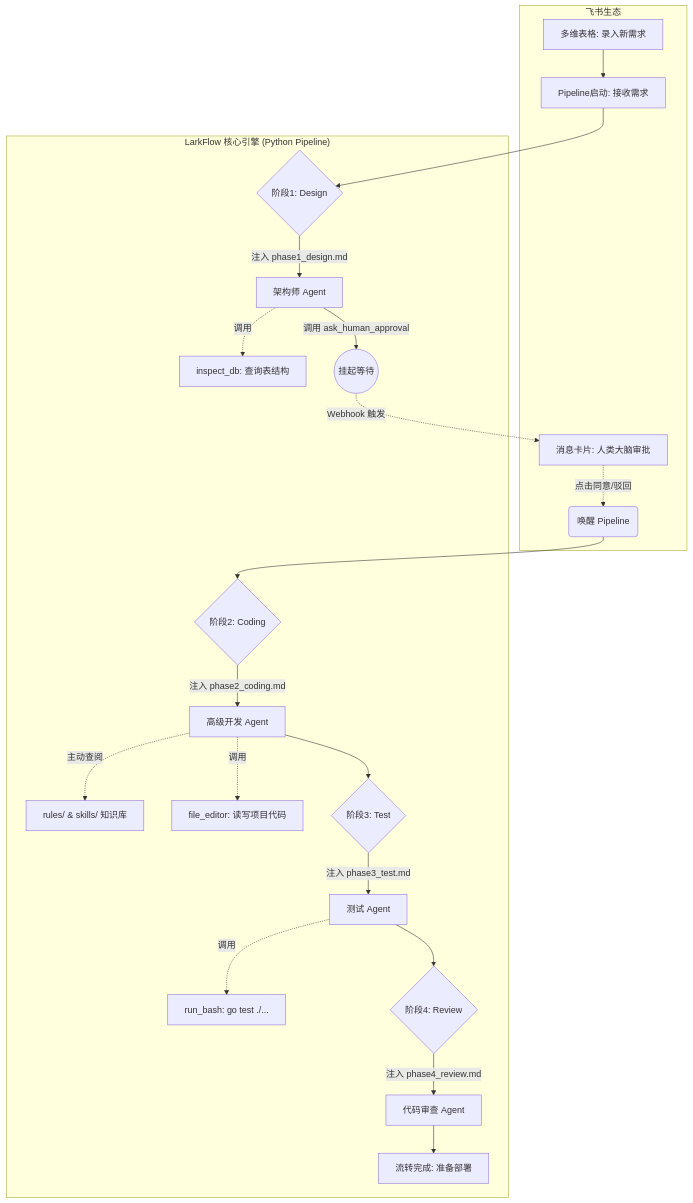
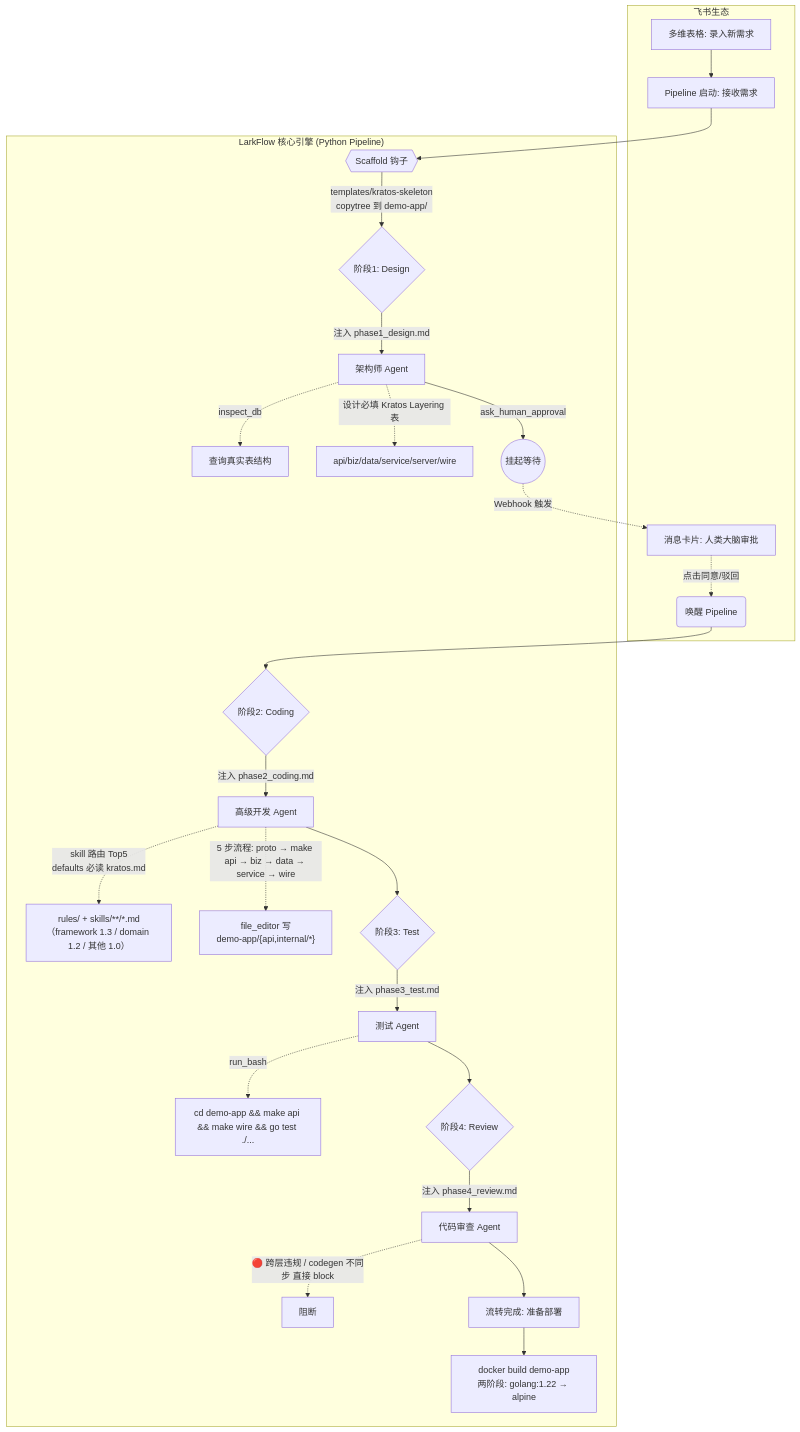
The diagram in README.md (T-X-1013/LarkFlow), drawn with Mermaid before and after one commit. The commit also changed other lines of this file and 1 other file, not shown here.

````diff
--- a/README.md
+++ b/README.md
@@ -22,25 +24,29 @@
 ```mermaid
 graph TD
-    subgraph 飞书生态
+    subgraph feishu["飞书生态"]
         A[多维表格: 录入新需求] --> B
         H[消息卡片: 人类大脑审批] -.->|点击同意/驳回| I(唤醒 Pipeline)
     end
 
     subgraph lfe["LarkFlow 核心引擎 (Python Pipeline)"]
-        B[Pipeline启动: 接收需求] --> C{阶段1: Design}
+        B[Pipeline 启动: 接收需求] --> SC{{Scaffold 钩子}}
+        SC -->|templates/kratos-skeleton<br/>copytree 到 demo-app/| C{阶段1: Design}
         C -->|注入 phase1_design.md| D[架构师 Agent]
-        D -.->|调用| T1[inspect_db: 查询表结构]
-        D -->|调用 ask_human_approval| E((挂起等待))
+        D -.->|inspect_db| T1[查询真实表结构]
+        D -.->|设计必填 Kratos Layering 表| KL[api/biz/data/service/server/wire]
+        D -->|ask_human_approval| E((挂起等待))
         E -.->|Webhook 触发| H
         I --> F{阶段2: Coding}
         F -->|注入 phase2_coding.md| J[高级开发 Agent]
-        J -.->|主动查阅| R[rules/ & skills/ 知识库]
-        J -.->|调用| T2[file_editor: 读写项目代码]
+        J -.->|skill 路由 Top5<br/>defaults 必读 kratos.md| R["rules/ + skills/**/*.md<br/>（framework 1.3 / domain 1.2 / 其他 1.0）"]
+        J -.->|5 步流程: proto → make api → biz → data → service → wire| T2["file_editor 写<br/>demo-app/{api,internal/*}"]
         J --> L{阶段3: Test}
         L -->|注入 phase3_test.md| M[测试 Agent]
-        M -.->|调用| T3[run_bash: go test ./...]
+        M -.->|run_bash| T3["cd demo-app && make api && make wire && go test ./..."]
         M --> O{阶段4: Review}
         O -->|注入 phase4_review.md| P[代码审查 Agent]
+        P -.->|🔴 跨层违规 / codegen 不同步 直接 block| RL[阻断]
         P --> N[流转完成: 准备部署]
+        N --> DP[docker build demo-app<br/>两阶段: golang:1.22 → alpine]
     end
 ```
````
